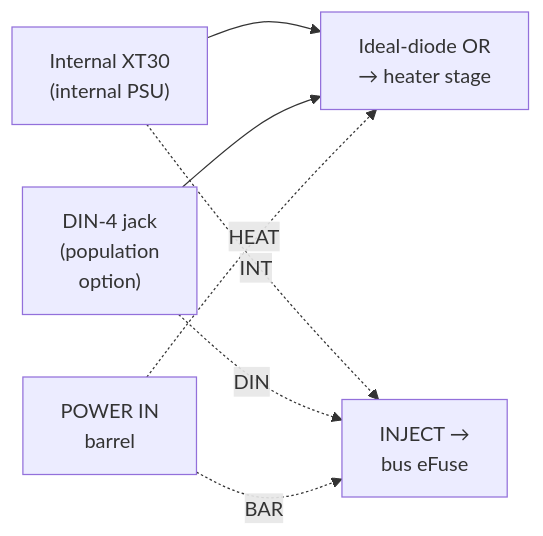
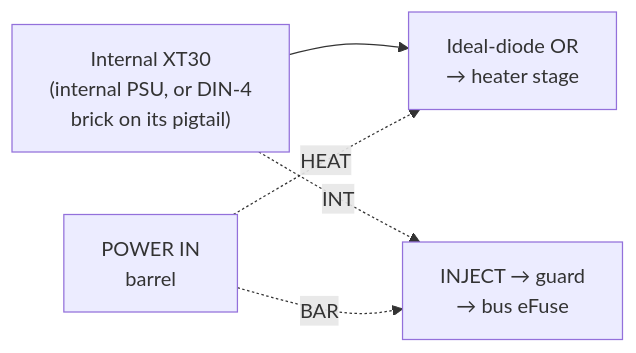
Before and after one commit to BashfulBits/3dp-fleet-exhaust: the second of 3 diagrams in docs/02_hardware_specification.md, drawn with Mermaid. The commit also changed other lines of this file and 9 other files, not shown here.

First line of the commit message:
D52: presence loop, MX26631DL eFuse, CH390D, ESP-IDF, DIN pigtail

````diff
--- a/docs/02_hardware_specification.md
+++ b/docs/02_hardware_specification.md
@@ -82,9 +82,7 @@
 ```mermaid
 flowchart LR
-  HIN["Internal XT30<br>(internal PSU)"] --> OR["Ideal-diode OR<br>→ heater stage"]
-  DIN["DIN-4 jack<br>(population<br>option)"] --> OR
+  HIN["Internal XT30<br>(internal PSU, or DIN-4<br>brick on its pigtail)"] --> OR["Ideal-diode OR<br>→ heater stage"]
   BAR["POWER IN<br>barrel"] -.->|"HEAT"| OR
-  HIN -.->|"INT"| EF["INJECT →<br>bus eFuse"]
-  DIN -.->|"DIN"| EF
+  HIN -.->|"INT"| EF["INJECT → guard<br>→ bus eFuse"]
   BAR -.->|"BAR"| EF
 ```
````
